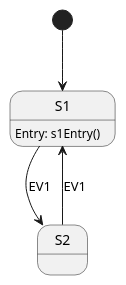
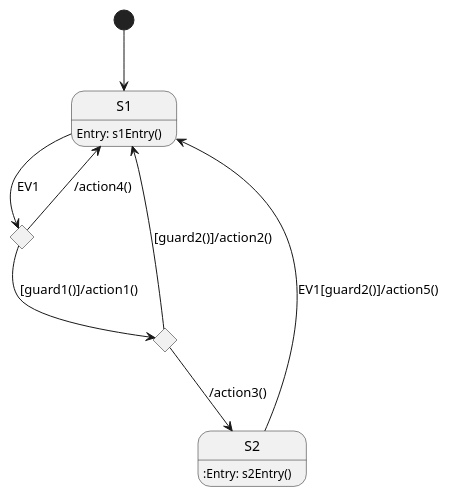
Before and after one commit to JPLOpenSource/STARS: the diagram in testharness/Simple.plantuml, drawn with PlantUML. The commit also changed 12 other files, not shown here.

```diff
--- a/testharness/Simple.plantuml
+++ b/testharness/Simple.plantuml
@@ -2,15 +2,21 @@
 @startuml
 
 [*] --> S1
 
 state S1 {
     S1:Entry: s1Entry()
 }
 
 state S2 {
-
+    S2::Entry: s2Entry()
 }
 
-S1 --> S2 : EV1
-S2 --> S1 : EV1
+state c1 <<choice>>
+state c2 <<choice>>
+S1 --> c1 : EV1
+c1 --> c2 : [guard1()]/action1()
+c1 --> S1 : /action4()
+c2 --> S1 : [guard2()]/action2()
+c2 --> S2 : /action3()
+S2 --> S1 : EV1[guard2()]/action5()
 @enduml
```
